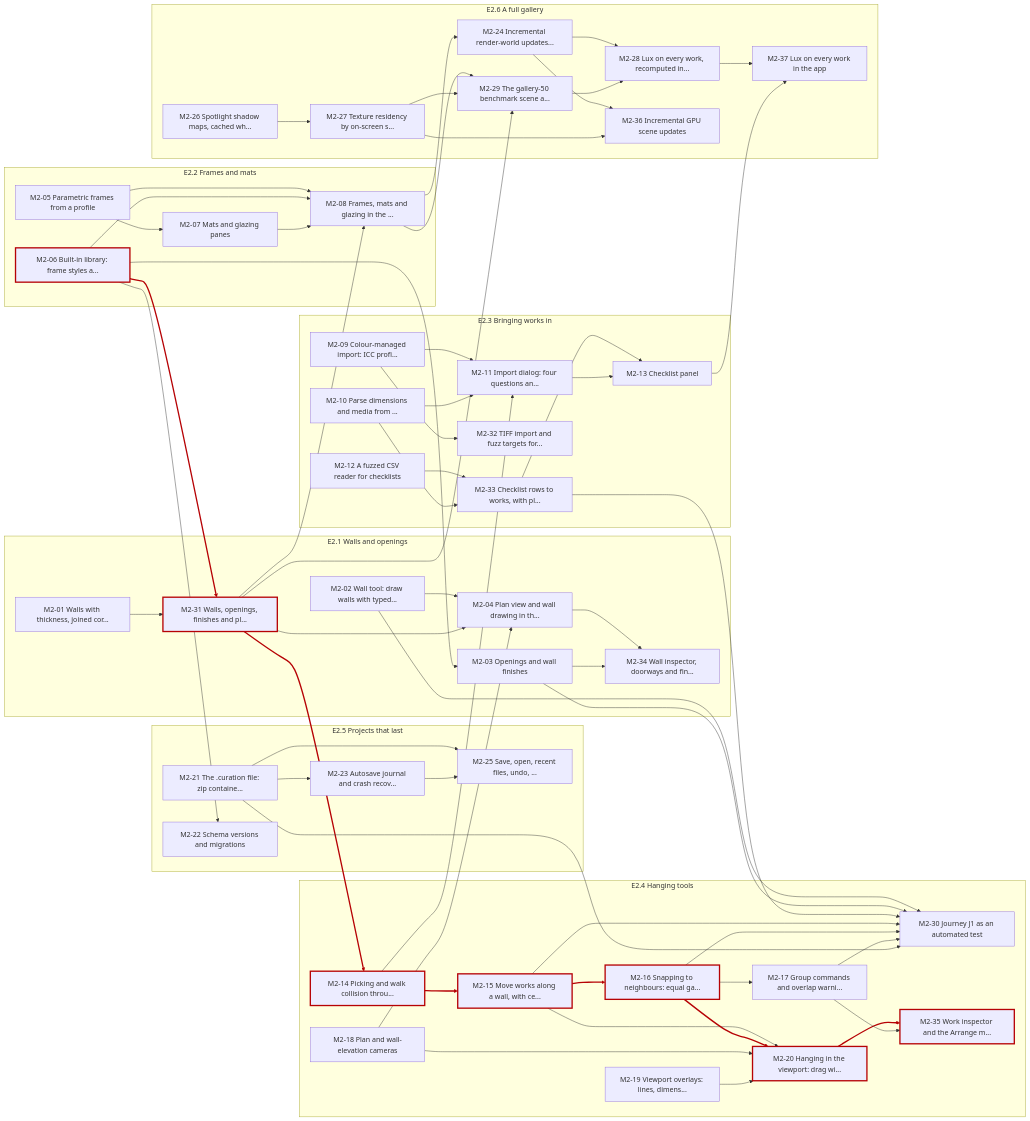
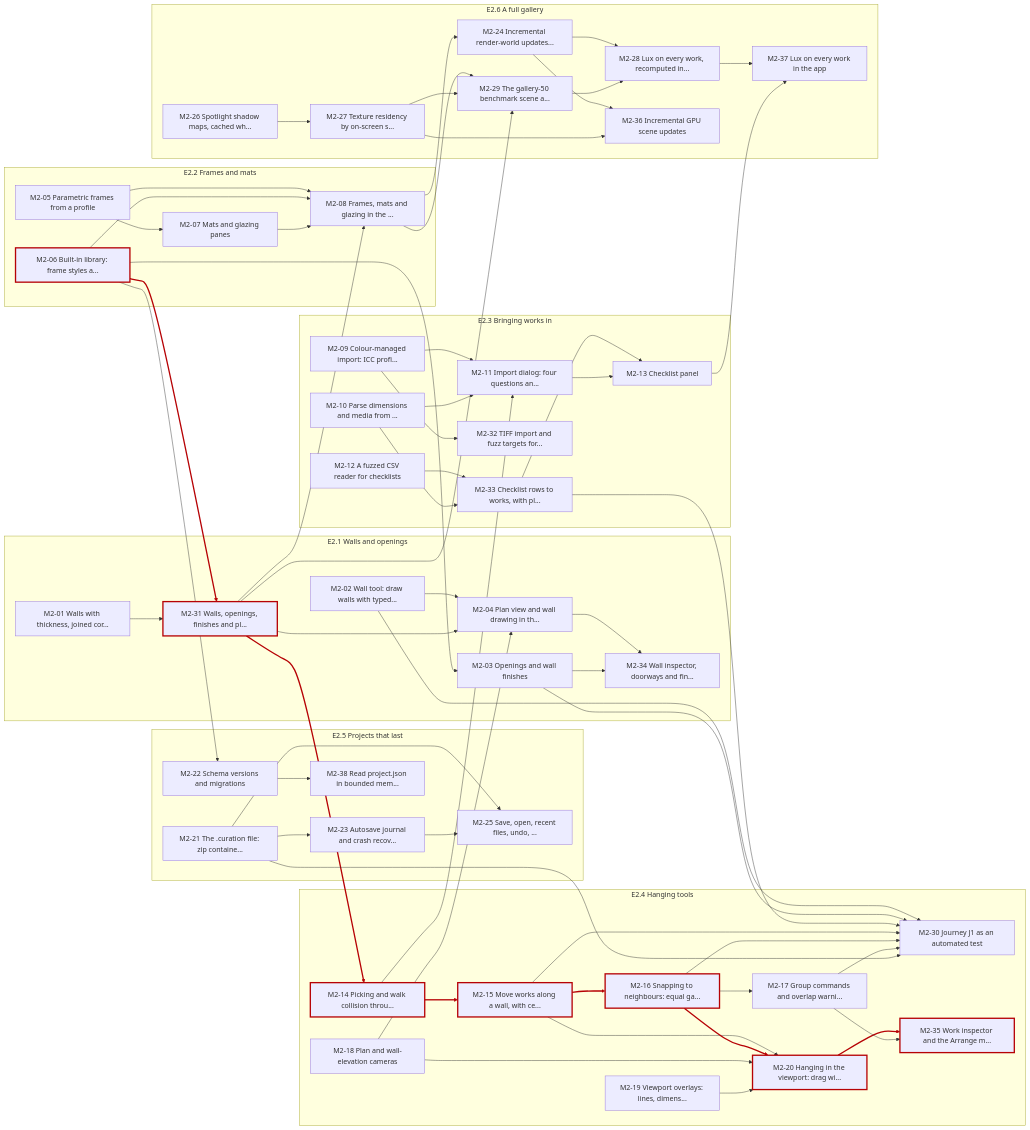
Before and after one commit to groundbeeflover/curation_sandbox: the third of 3 diagrams in docs/roadmap.md, drawn with Mermaid. The commit also changed other lines of this file and 1 other file, not shown here.

```diff
--- a/docs/roadmap.md
+++ b/docs/roadmap.md
@@ -443,6 +444,7 @@
     M2_22["M2-22 Schema versions and migrations"]
     M2_23["M2-23 Autosave journal and crash recov..."]
     M2_25["M2-25 Save, open, recent files, undo, ..."]
+    M2_38["M2-38 Read project.json in bounded mem..."]
   end
   subgraph E2_6["E2.6 A full gallery"]
     M2_24["M2-24 Incremental render-world updates..."]
@@ -506,6 +508,7 @@
   M2_27 --> M2_36
   M2_28 --> M2_37
   M2_13 --> M2_37
+  M2_22 --> M2_38
   classDef crit stroke:#b60205,stroke-width:3px
   class M2_06,M2_31,M2_14,M2_15,M2_16,M2_20,M2_35 crit
   linkStyle 14,15,16,19,41,47 stroke:#b60205,stroke-width:3px
```
